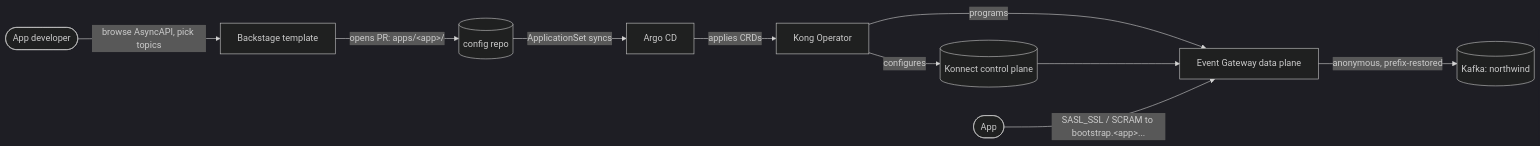
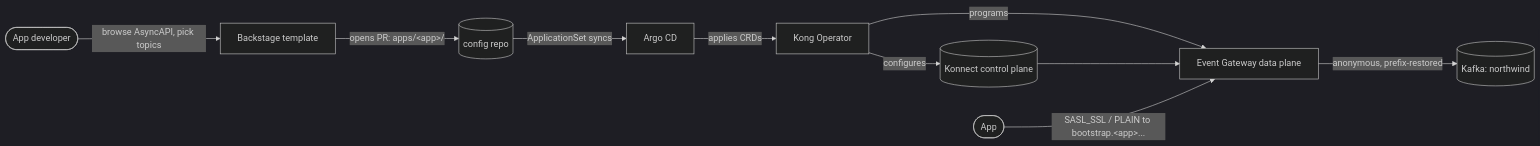
The diagram in docs/architecture.md (hguerrero/kafka-selfservice-backstage), drawn with Mermaid (dark theme) before and after one commit. The commit also changed other lines of this file and 15 other files, not shown here.

Commit message:
Refactor authentication mechanism from SCRAM to SASL/PLAIN and update related documentation and configurations

````diff
--- a/docs/architecture.md
+++ b/docs/architecture.md
@@ -15,12 +15,12 @@
 ```mermaid
 flowchart LR
   dev([App developer]) -->|browse AsyncAPI, pick topics| bs[Backstage template]
   bs -->|opens PR: apps/&lt;app&gt;/| git[(config repo)]
   git -->|ApplicationSet syncs| argo[Argo CD]
   argo -->|applies CRDs| ko[Kong Operator]
   ko -->|configures| konnect[(Konnect control plane)]
   ko -->|programs| keg[Event Gateway data plane]
   konnect --> keg
-  app([App]) -->|SASL_SSL / SCRAM to bootstrap.&lt;app&gt;...| keg
+  app([App]) -->|SASL_SSL / PLAIN to bootstrap.&lt;app&gt;...| keg
   keg -->|anonymous, prefix-restored| kafka[(Kafka: northwind)]
 ```
````
